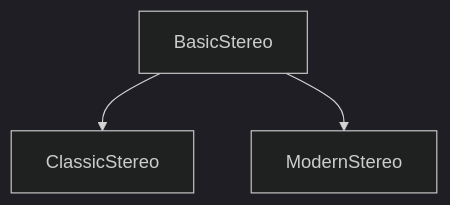
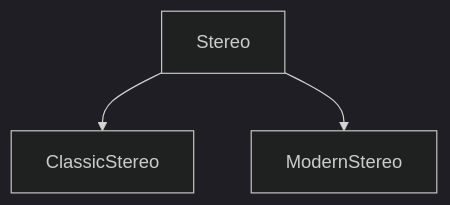
The diagram in README.md (fppuma/java-factory-method), drawn with Mermaid (dark theme) before and after one commit.

````diff
--- a/README.md
+++ b/README.md
@@ -4,5 +4,5 @@
 ```mermaid
   graph TD;
-      BasicStereo-->ClassicStereo;
-      BasicStereo-->ModernStereo;
+      Stereo-->ClassicStereo;
+      Stereo-->ModernStereo;
 ```
````
